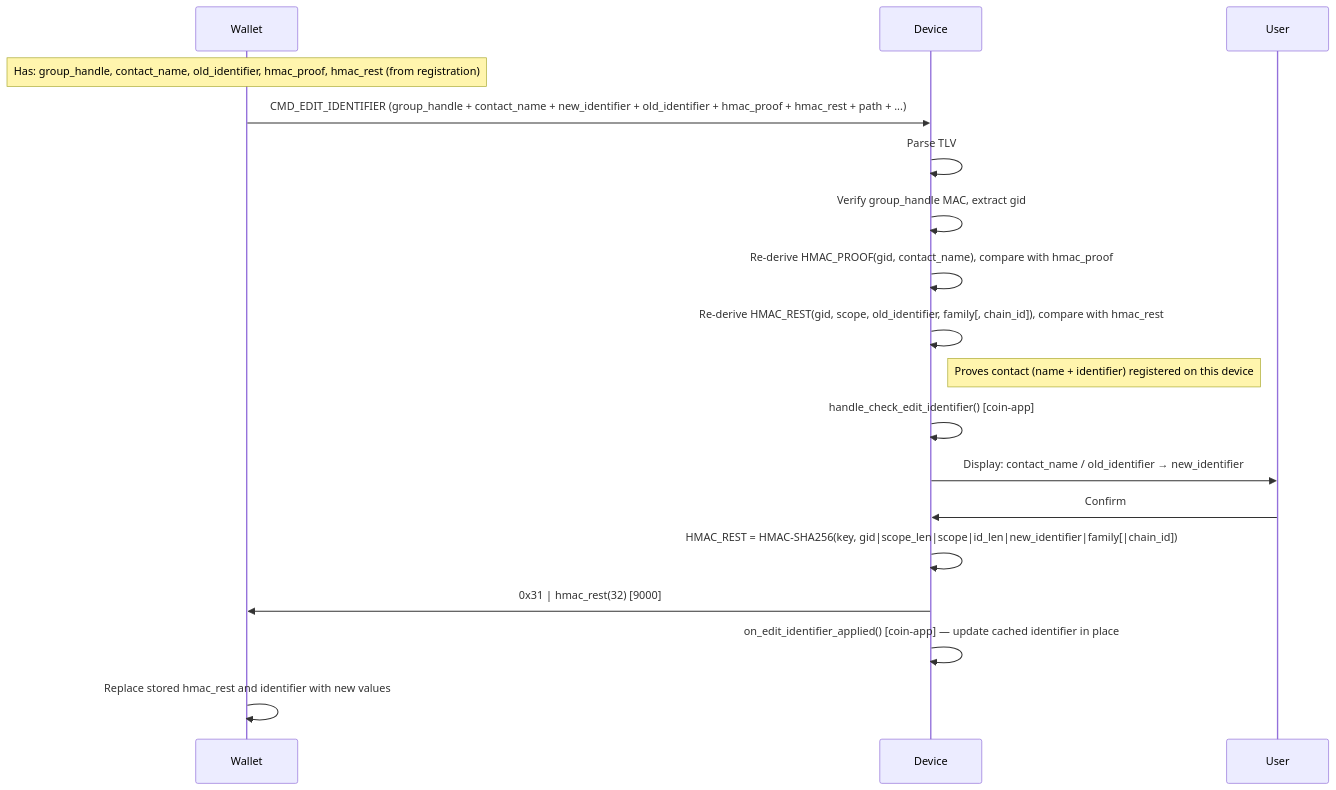
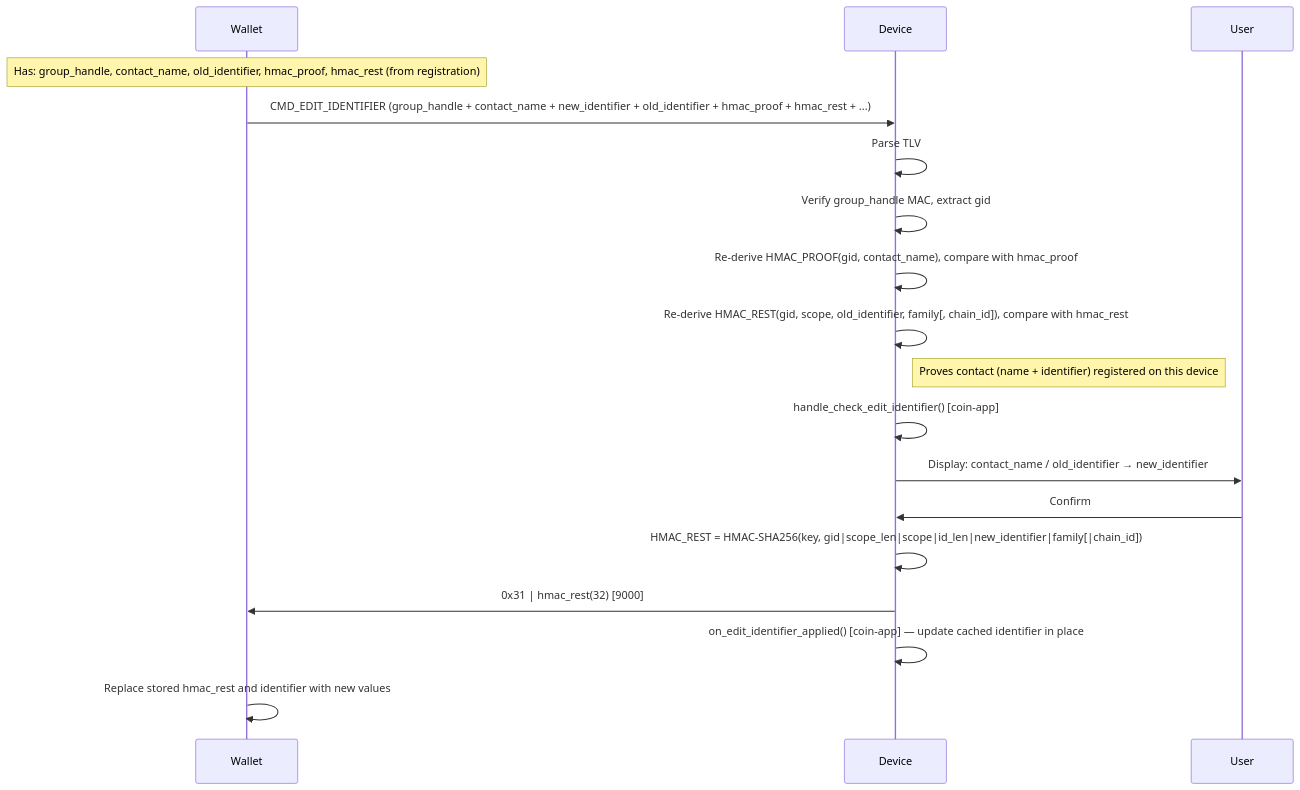
One commit to LedgerHQ/ledger-secure-sdk changed the fifth of 10 diagrams in app_features/address_book/doc/address_book_spec.md. Above: the diagram before and after it, drawn with Mermaid. The commit also changed other lines of this file and 8 other files, not shown here.

````diff
--- a/app_features/address_book/doc/address_book_spec.md
+++ b/app_features/address_book/doc/address_book_spec.md
@@ -420,18 +417,18 @@
 ```mermaid
 sequenceDiagram
 
     Note over Wallet: Has: group_handle, contact_name, old_identifier, hmac_proof, hmac_rest (from registration)
-    Wallet->>Device: CMD_EDIT_IDENTIFIER (group_handle + contact_name + new_identifier + old_identifier + hmac_proof + hmac_rest + path + ...)
+    Wallet->>Device: CMD_EDIT_IDENTIFIER (group_handle + contact_name + new_identifier + old_identifier + hmac_proof + hmac_rest + ...)
     Device->>Device: Parse TLV
     Device->>Device: Verify group_handle MAC, extract gid
     Device->>Device: Re-derive HMAC_PROOF(gid, contact_name), compare with hmac_proof
     Device->>Device: Re-derive HMAC_REST(gid, scope, old_identifier, family[, chain_id]), compare with hmac_rest
     Note right of Device: Proves contact (name + identifier) registered on this device
     Device->>Device: handle_check_edit_identifier() [coin-app]
     Device->>User: Display: contact_name / old_identifier → new_identifier
     User->>Device: Confirm
     Device->>Device: HMAC_REST = HMAC-SHA256(key, gid|scope_len|scope|id_len|new_identifier|family[|chain_id])
     Device->>Wallet: 0x31 | hmac_rest(32)  [9000]
     Device->>Device: on_edit_identifier_applied() [coin-app] — update cached identifier in place
     Wallet->>Wallet: Replace stored hmac_rest and identifier with new values
 ```
````
